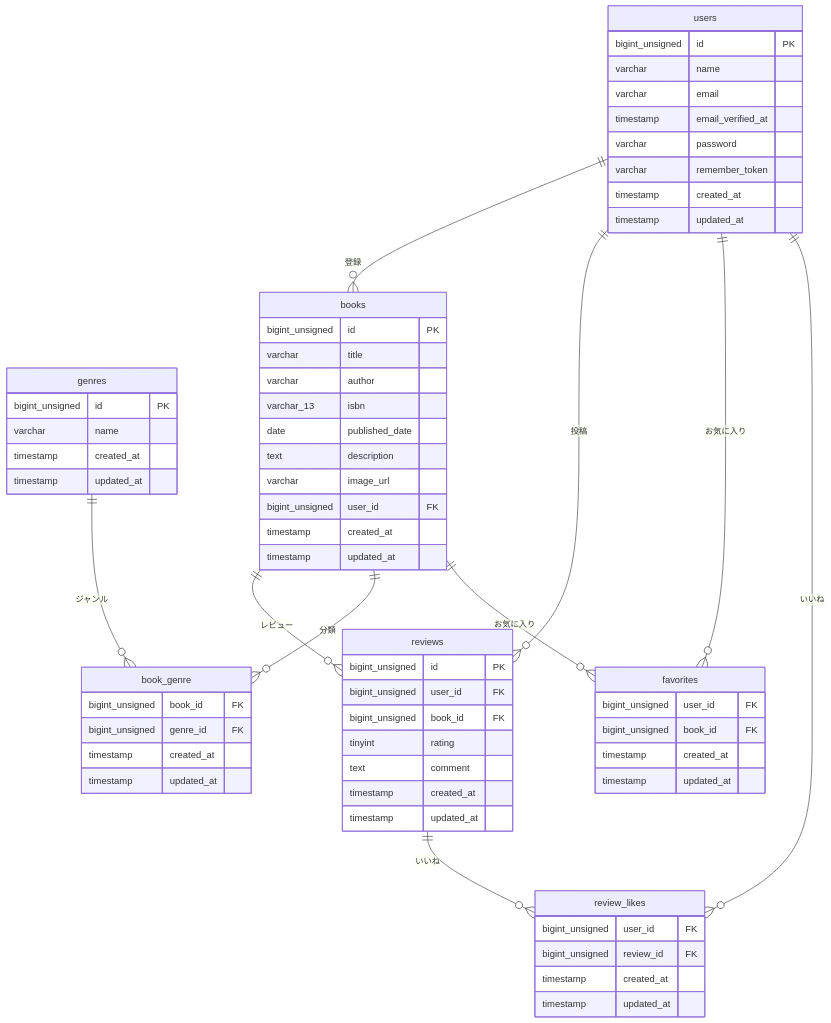
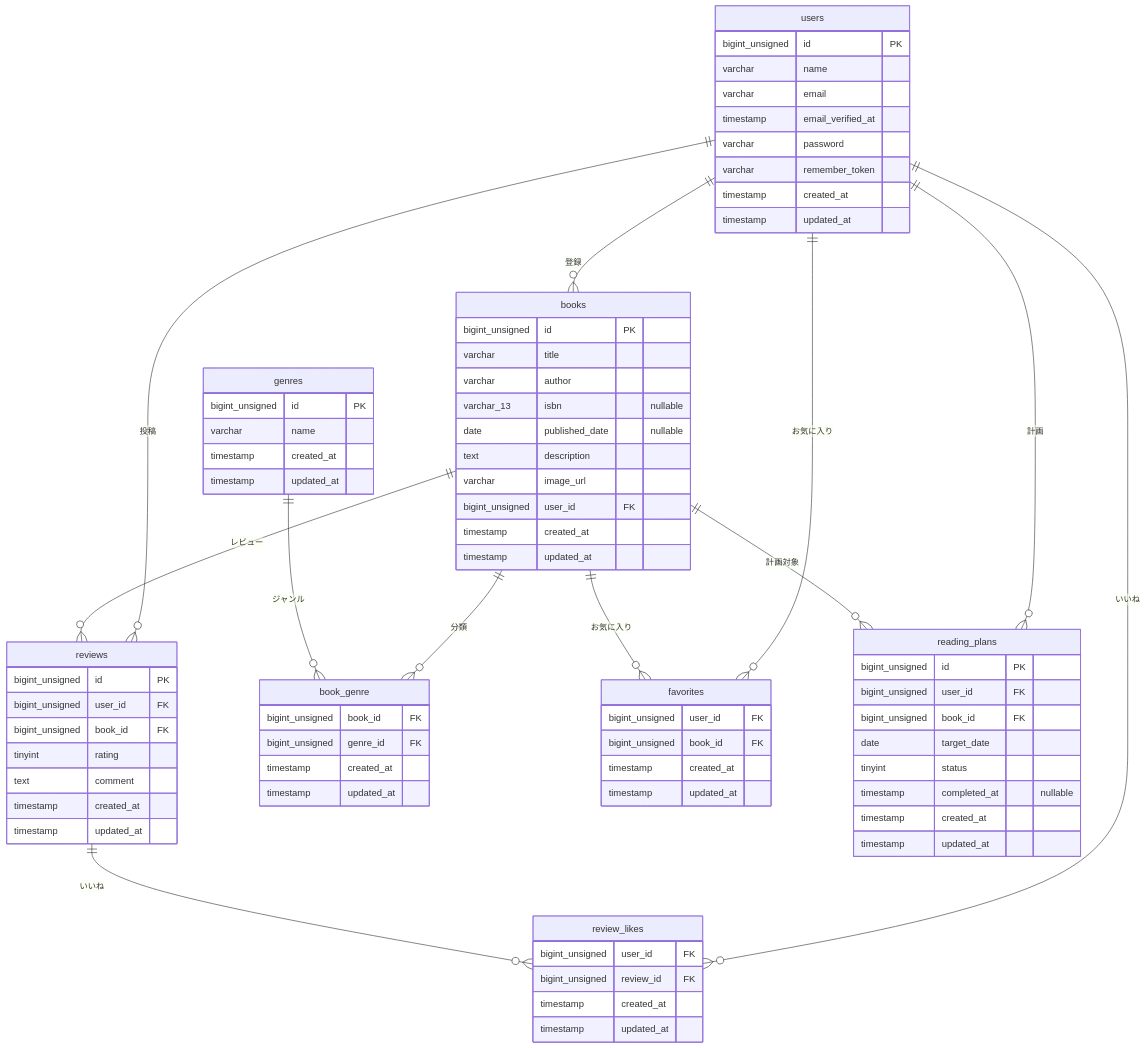
The diagram in README.md (osakana-works/bookshelf-review-app), drawn with Mermaid before and after one commit. The commit also changed other lines of this file, not shown here.

````diff
--- a/README.md
+++ b/README.md
@@ -21,68 +25,80 @@
 ```mermaid
 erDiagram
   users {
     bigint_unsigned id PK
     varchar name
     varchar email
     timestamp email_verified_at
     varchar password
     varchar remember_token
     timestamp created_at
     timestamp updated_at
   }
   genres {
     bigint_unsigned id PK
     varchar name
     timestamp created_at
     timestamp updated_at
   }
   books {
     bigint_unsigned id PK
     varchar title
     varchar author
-    varchar_13 isbn
-    date published_date
+    varchar_13 isbn "nullable"
+    date published_date "nullable"
     text description
     varchar image_url
     bigint_unsigned user_id FK
     timestamp created_at
     timestamp updated_at
   }
   reviews {
     bigint_unsigned id PK
     bigint_unsigned user_id FK
     bigint_unsigned book_id FK
     tinyint rating
     text comment
     timestamp created_at
     timestamp updated_at
   }
   book_genre {
     bigint_unsigned book_id FK
     bigint_unsigned genre_id FK
     timestamp created_at
     timestamp updated_at
   }
   favorites {
     bigint_unsigned user_id FK
     bigint_unsigned book_id FK
     timestamp created_at
     timestamp updated_at
   }
   review_likes {
     bigint_unsigned user_id FK
     bigint_unsigned review_id FK
     timestamp created_at
     timestamp updated_at
   }
+  reading_plans {
+    bigint_unsigned id PK
+    bigint_unsigned user_id FK
+    bigint_unsigned book_id FK
+    date target_date
+    tinyint status
+    timestamp completed_at "nullable"
+    timestamp created_at
+    timestamp updated_at
+  }
 
   users ||--o{ books : "登録"
   users ||--o{ reviews : "投稿"
   users ||--o{ favorites : "お気に入り"
   users ||--o{ review_likes : "いいね"
+  users ||--o{ reading_plans : "計画"
   books ||--o{ reviews : "レビュー"
   books ||--o{ book_genre : "分類"
   books ||--o{ favorites : "お気に入り"
+  books ||--o{ reading_plans : "計画対象"
   genres ||--o{ book_genre : "ジャンル"
   reviews ||--o{ review_likes : "いいね"
 ```
````
